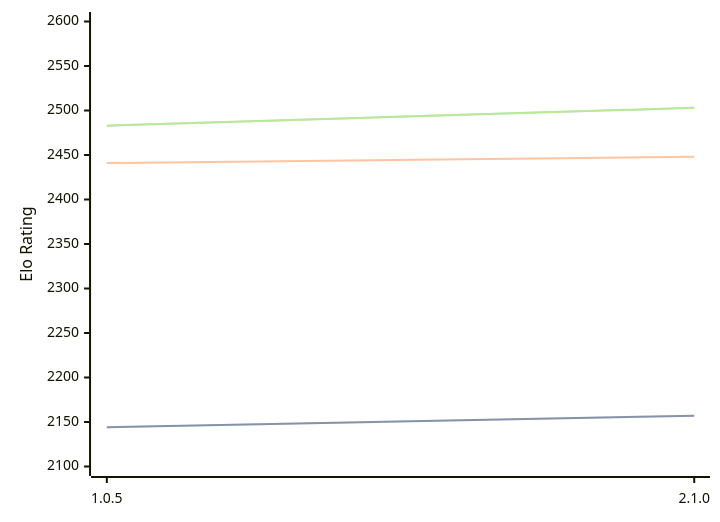
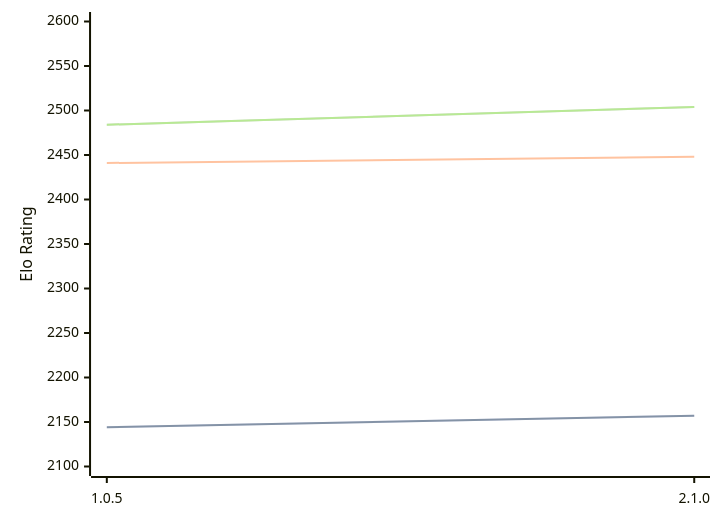
The diagram in engines/Ruffian.md (computer-chess-index/cci), drawn with Mermaid before and after one commit. The commit also changed other lines of this file, not shown here.

Commit message:
Update CCI Ratings (ELO VLTC) - 2026-09-14

````diff
--- a/engines/Ruffian.md
+++ b/engines/Ruffian.md
@@ -32,11 +32,11 @@
 ```mermaid
 %%{init: {"theme":"base","themeVariables":{"seriesColors:['#a3a3a3','#222221','#faa371']}}}%%
 xychart-beta
   x-axis ["1.0.5", "2.1.0"]
   y-axis "Elo Rating" 2100 --> 2600
   line "" [2144, 2157]
   line "STC (8.0+0.08s)" [2144, 2157]
   line "LTC (60.0+0.60s)" [2441, 2448]
-  line "" [2483, 2503]
-  line "VLTC (2m24s+1.12s)" [2483, 2503]
+  line "" [2484, 2504]
+  line "VLTC (2m24s+1.12s)" [2484, 2504]
 ```
````
